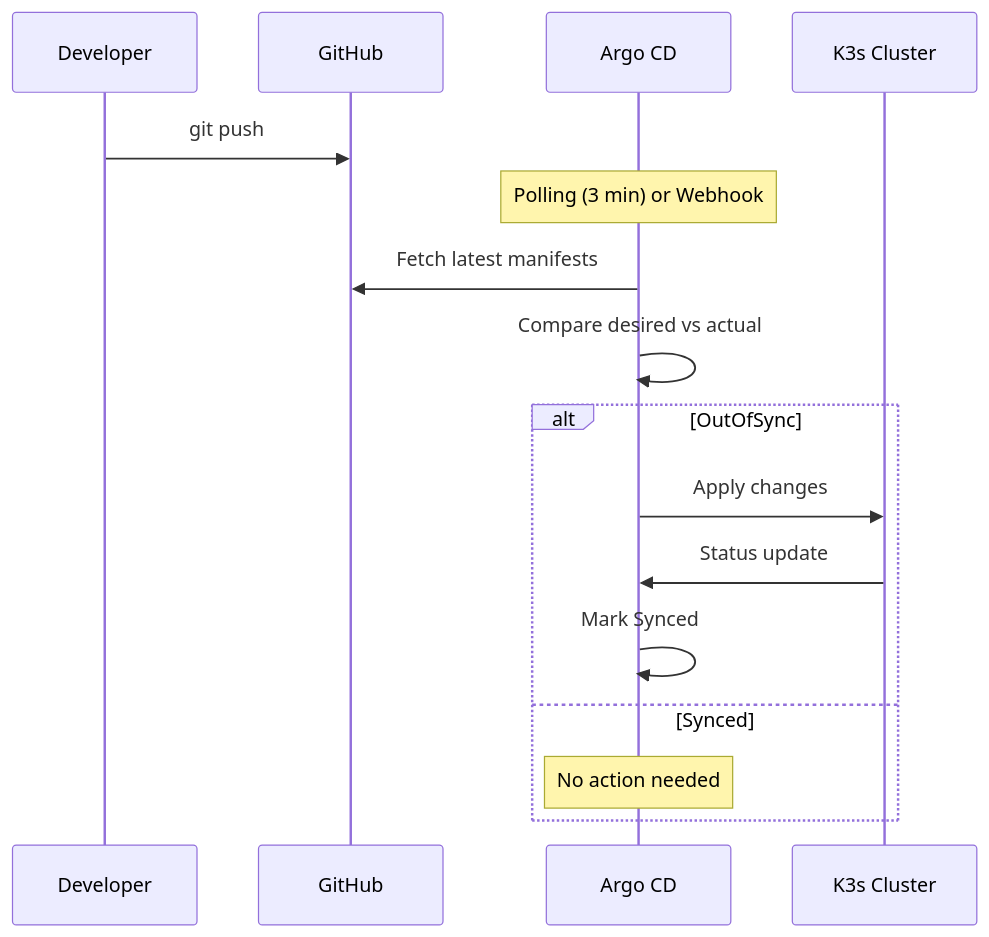
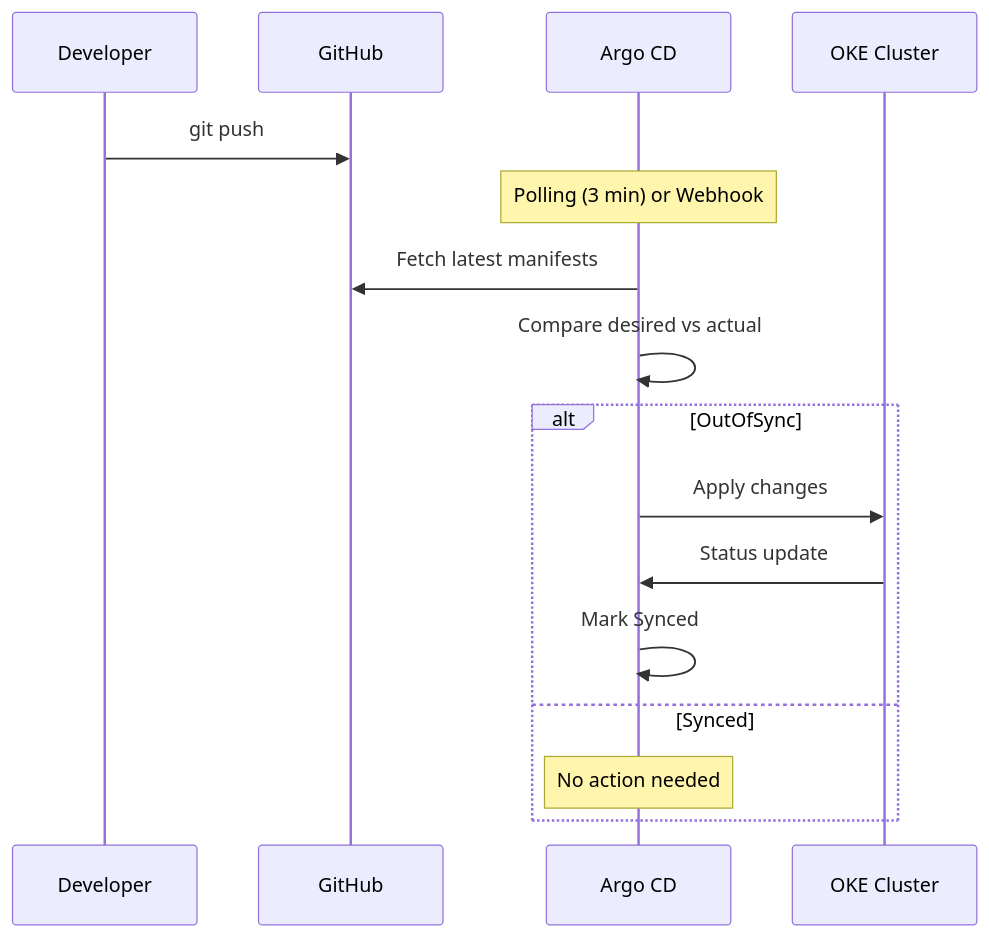
Before and after one commit to nsudhanva/k8s-oracle: the fourth of 5 diagrams in docs/src/content/docs/architecture/gitops.md, drawn with Mermaid. The commit also changed other lines of this file and 16 other files, not shown here.

Commit message:
docs: update architecture to OKE and fix envoy gateway subnet

````diff
--- a/docs/src/content/docs/architecture/gitops.md
+++ b/docs/src/content/docs/architecture/gitops.md
@@ -122,19 +121,19 @@
 ```mermaid
 sequenceDiagram
     participant Dev as Developer
     participant GH as GitHub
     participant Argo as Argo CD
-    participant K8s as K3s Cluster
+    participant K8s as OKE Cluster
 
     Dev->>GH: git push
     Note over Argo: Polling (3 min) or Webhook
     Argo->>GH: Fetch latest manifests
     Argo->>Argo: Compare desired vs actual
     alt OutOfSync
         Argo->>K8s: Apply changes
         K8s->>Argo: Status update
         Argo->>Argo: Mark Synced
     else Synced
         Note over Argo: No action needed
     end
 ```
````
